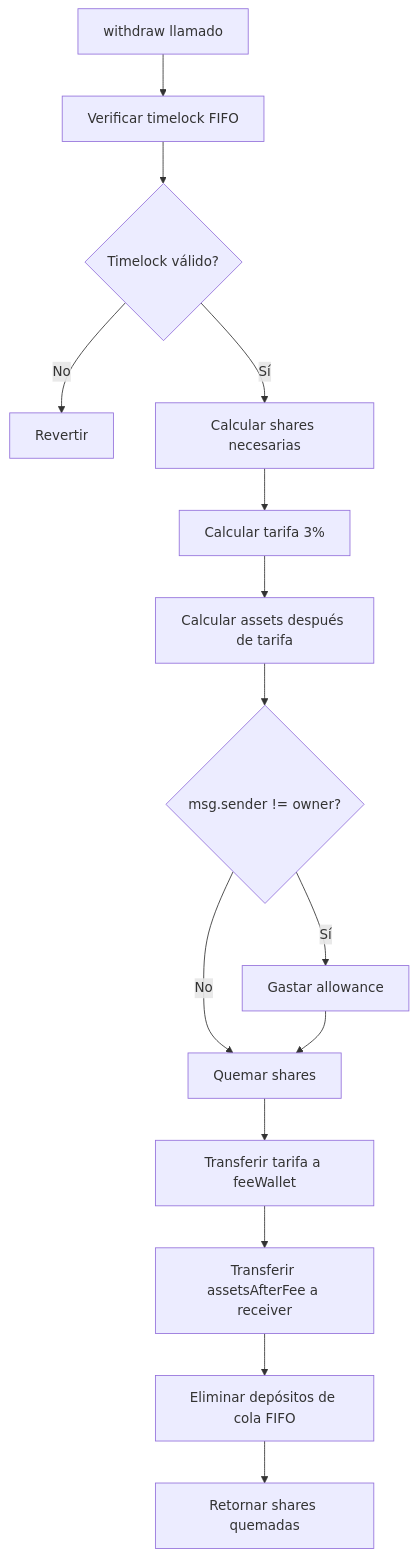
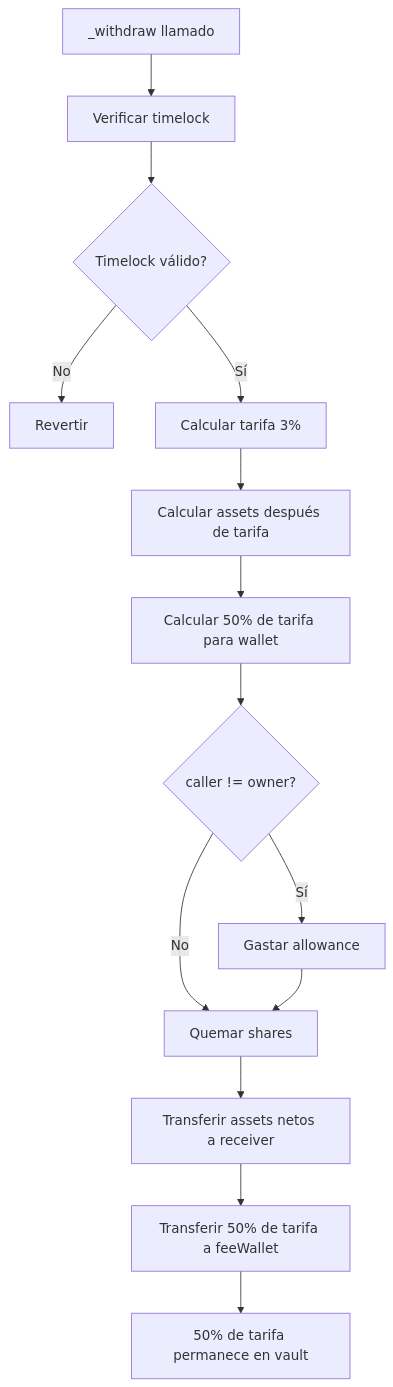
Before and after one commit to PelonClub/PelonClub-BaseNetwork-Monorepo: the fifth of 5 diagrams in docs/es/pelon-staking-vault.md, drawn with Mermaid. The commit also changed other lines of this file and 9 other files, not shown here.

````diff
--- a/docs/es/pelon-staking-vault.md
+++ b/docs/es/pelon-staking-vault.md
@@ -592,17 +404,16 @@
 ```mermaid
 flowchart TD
-    A[withdraw llamado] --> B[Verificar timelock FIFO]
+    A[_withdraw llamado] --> B[Verificar timelock]
     B --> C{Timelock válido?}
     C -->|No| D[Revertir]
-    C -->|Sí| E[Calcular shares necesarias]
-    E --> F[Calcular tarifa 3%]
-    F --> G[Calcular assets después de tarifa]
-    G --> H{msg.sender != owner?}
+    C -->|Sí| E[Calcular tarifa 3%]
+    E --> F[Calcular assets después de tarifa]
+    F --> G[Calcular 50% de tarifa para wallet]
+    G --> H{caller != owner?}
     H -->|Sí| I[Gastar allowance]
     H -->|No| J[Quemar shares]
     I --> J
-    J --> K[Transferir tarifa a feeWallet]
-    K --> L[Transferir assetsAfterFee a receiver]
-    L --> M[Eliminar depósitos de cola FIFO]
-    M --> N[Retornar shares quemadas]
+    J --> K[Transferir assets netos a receiver]
+    K --> L[Transferir 50% de tarifa a feeWallet]
+    L --> M[50% de tarifa permanece en vault]
 ```
````
